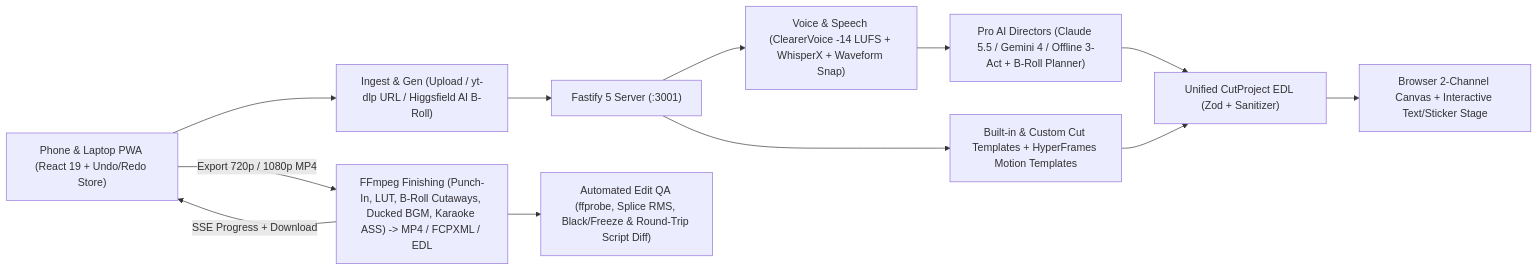
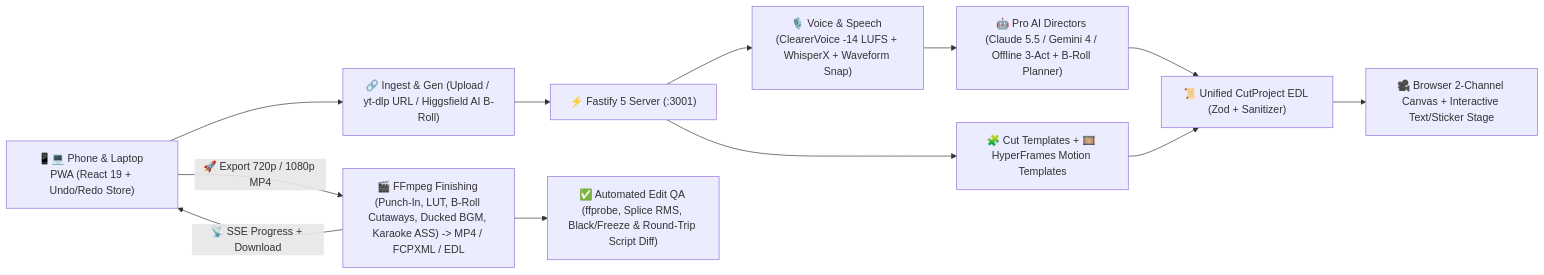
Before and after one commit to willygailo/web-editor: the diagram in README.md, drawn with Mermaid. The commit also changed other lines of this file, not shown here.

Commit message:
docs: update README with comprehensive feature highlights and studio layout diagrams

````diff
--- a/README.md
+++ b/README.md
@@ -154,23 +266,23 @@
 ```mermaid
 flowchart LR
-    UI["Phone &amp; Laptop PWA (React 19 + Undo/Redo Store)"]
-    API["Fastify 5 Server (:3001)"]
-    Ingest["Ingest &amp; Gen (Upload / yt-dlp URL / Higgsfield AI B-Roll)"]
-    Voice["Voice &amp; Speech (ClearerVoice -14 LUFS + WhisperX + Waveform Snap)"]
-    AI["Pro AI Directors (Claude 5.5 / Gemini 4 / Offline 3-Act + B-Roll Planner)"]
-    TPL["Built-in &amp; Custom Cut Templates + HyperFrames Motion Templates"]
-    EDL["Unified CutProject EDL (Zod + Sanitizer)"]
-    Preview["Browser 2-Channel Canvas + Interactive Text/Sticker Stage"]
-    Render["FFmpeg Finishing (Punch-In, LUT, B-Roll Cutaways, Ducked BGM, Karaoke ASS) -&gt; MP4 / FCPXML / EDL"]
-    QA["Automated Edit QA (ffprobe, Splice RMS, Black/Freeze &amp; Round-Trip Script Diff)"]
+    UI["📱💻 Phone &amp; Laptop PWA (React 19 + Undo/Redo Store)"]
+    API["⚡ Fastify 5 Server (:3001)"]
+    Ingest["🔗 Ingest &amp; Gen (Upload / yt-dlp URL / Higgsfield AI B-Roll)"]
+    Voice["🎙️ Voice &amp; Speech (ClearerVoice -14 LUFS + WhisperX + Waveform Snap)"]
+    AI["🤖 Pro AI Directors (Claude 5.5 / Gemini 4 / Offline 3-Act + B-Roll Planner)"]
+    TPL["🧩 Cut Templates + 🎞️ HyperFrames Motion Templates"]
+    EDL["📜 Unified CutProject EDL (Zod + Sanitizer)"]
+    Preview["🎥 Browser 2-Channel Canvas + Interactive Text/Sticker Stage"]
+    Render["🎬 FFmpeg Finishing (Punch-In, LUT, B-Roll Cutaways, Ducked BGM, Karaoke ASS) -&gt; MP4 / FCPXML / EDL"]
+    QA["✅ Automated Edit QA (ffprobe, Splice RMS, Black/Freeze &amp; Round-Trip Script Diff)"]
 
     UI --> Ingest --> API
     API --> Voice --> AI
     API --> TPL
     AI --> EDL
     TPL --> EDL
     EDL --> Preview
-    UI -->|"Export 720p / 1080p MP4"| Render
+    UI -->|"🚀 Export 720p / 1080p MP4"| Render
     Render --> QA
-    Render -->|"SSE Progress + Download"| UI
+    Render -->|"📡 SSE Progress + Download"| UI
 ```
````
